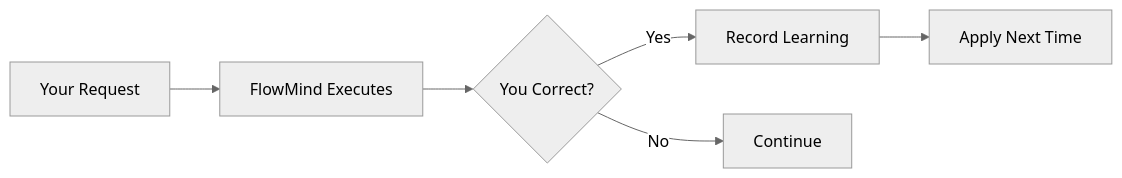
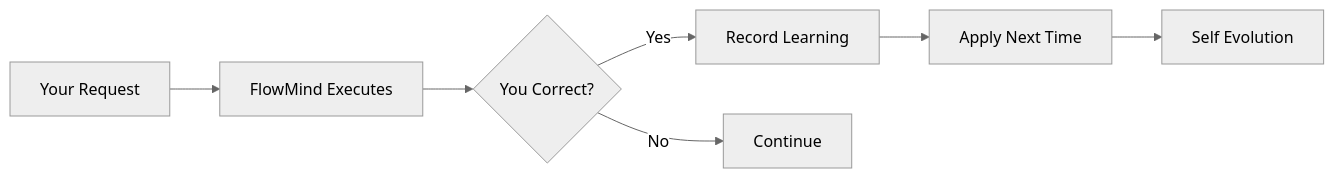
Before and after one commit to Eleven-M/flowmind: the third of 6 diagrams in README.md, drawn with Mermaid (neutral theme). The commit also changed other lines of this file and 1 other file, not shown here.

````diff
--- a/README.md
+++ b/README.md
@@ -76,8 +157,9 @@
 ```mermaid
 graph LR
     A[Your Request] --> B[FlowMind Executes]
     B --> C{You Correct?}
     C -->|Yes| D[Record Learning]
     C -->|No| E[Continue]
     D --> F[Apply Next Time]
+    F --> G[Self Evolution]
 ```
````
